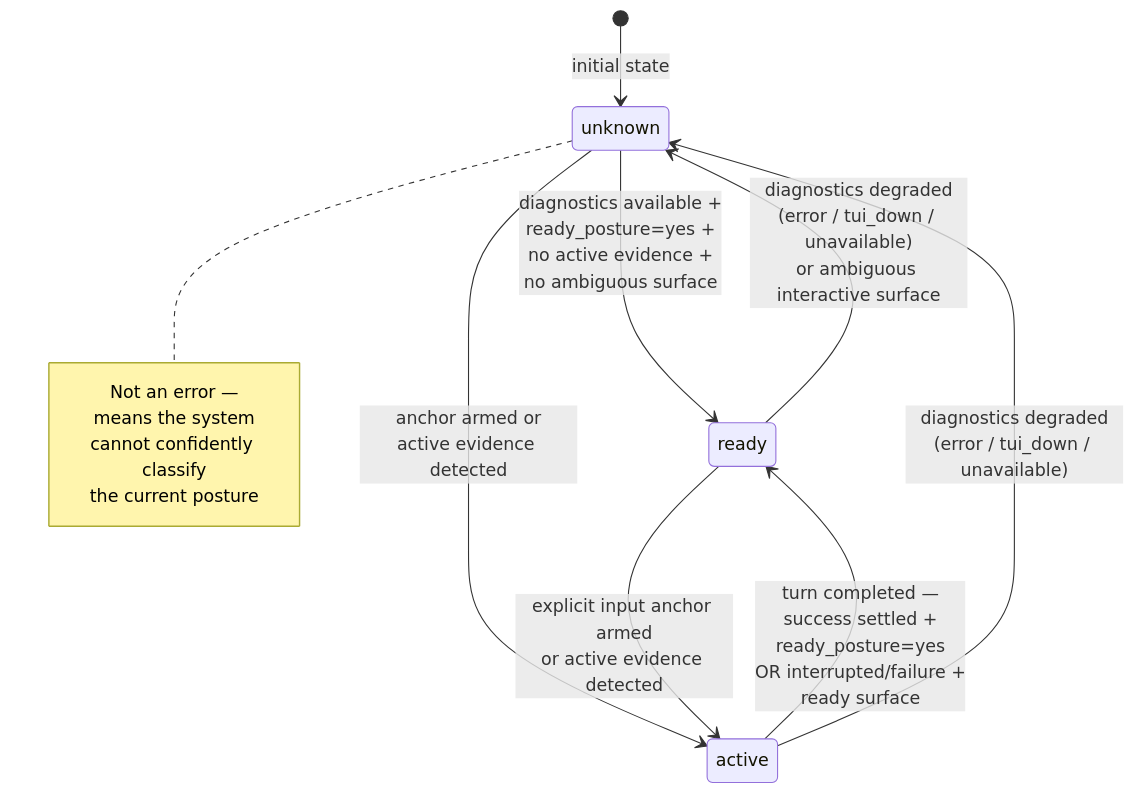
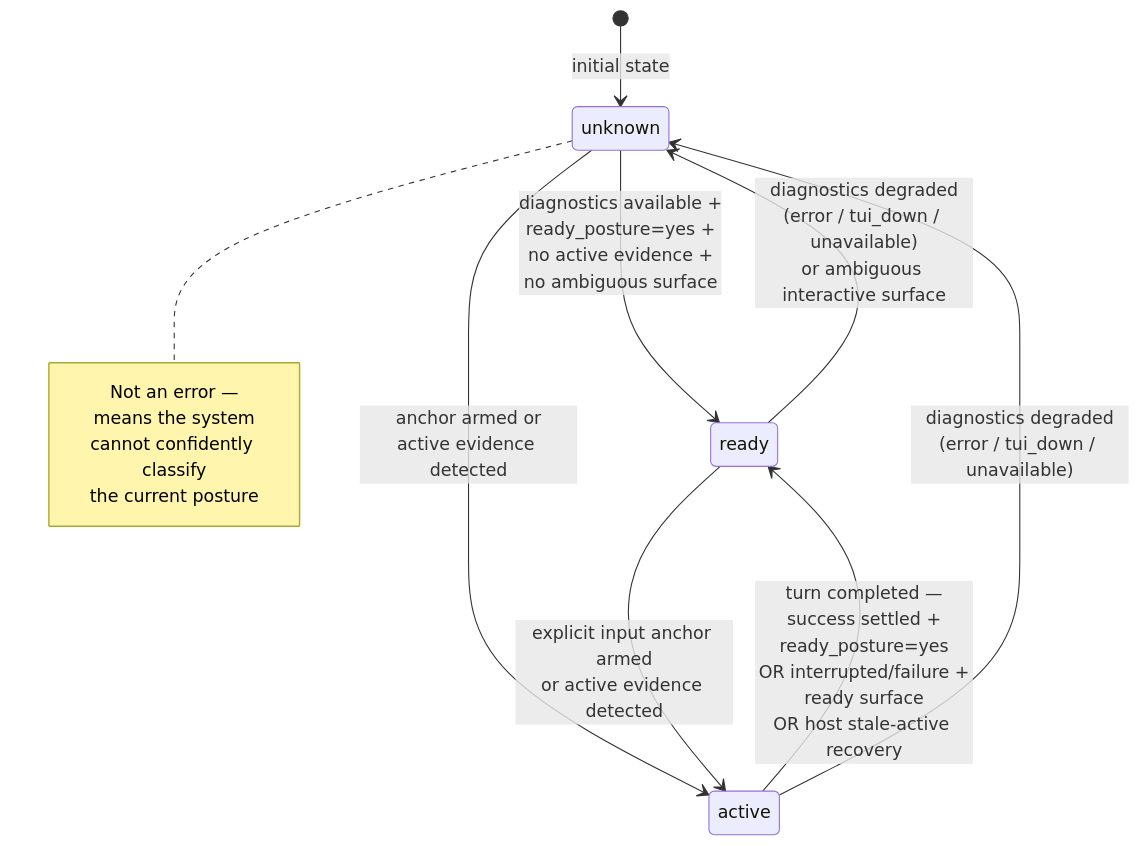
One commit to igamenovoer/houmao changed the second of 5 diagrams in docs/developer/houmao-server/state-transitions.md. Above: the diagram before and after it, drawn with Mermaid. The commit also changed other lines of this file and 66 other files, not shown here.

````diff
--- a/docs/developer/houmao-server/state-transitions.md
+++ b/docs/developer/houmao-server/state-transitions.md
@@ -48,15 +48,15 @@
 ```mermaid
 stateDiagram-v2
     [*] --> unknown : initial state
 
     unknown --> ready : diagnostics available +<br/>ready_posture=yes +<br/>no active evidence +<br/>no ambiguous surface
     unknown --> active : anchor armed or<br/>active evidence detected
 
     ready --> active : explicit input anchor armed<br/>or active evidence detected
     ready --> unknown : diagnostics degraded<br/>(error / tui_down / unavailable)<br/>or ambiguous interactive surface
 
-    active --> ready : turn completed —<br/>success settled +<br/>ready_posture=yes<br/>OR interrupted/failure +<br/>ready surface
+    active --> ready : turn completed —<br/>success settled +<br/>ready_posture=yes<br/>OR interrupted/failure +<br/>ready surface<br/>OR host stale-active recovery
     active --> unknown : diagnostics degraded<br/>(error / tui_down / unavailable)
 
     note right of unknown : Not an error —<br/>means the system<br/>cannot confidently classify<br/>the current posture
 ```
````
